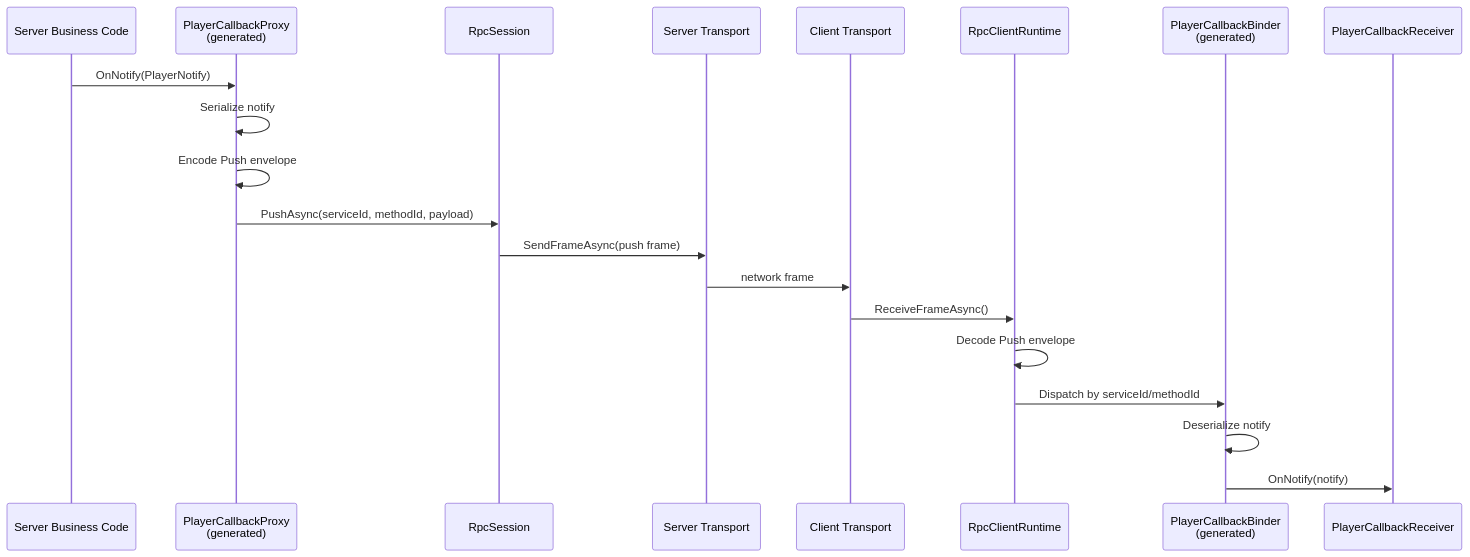
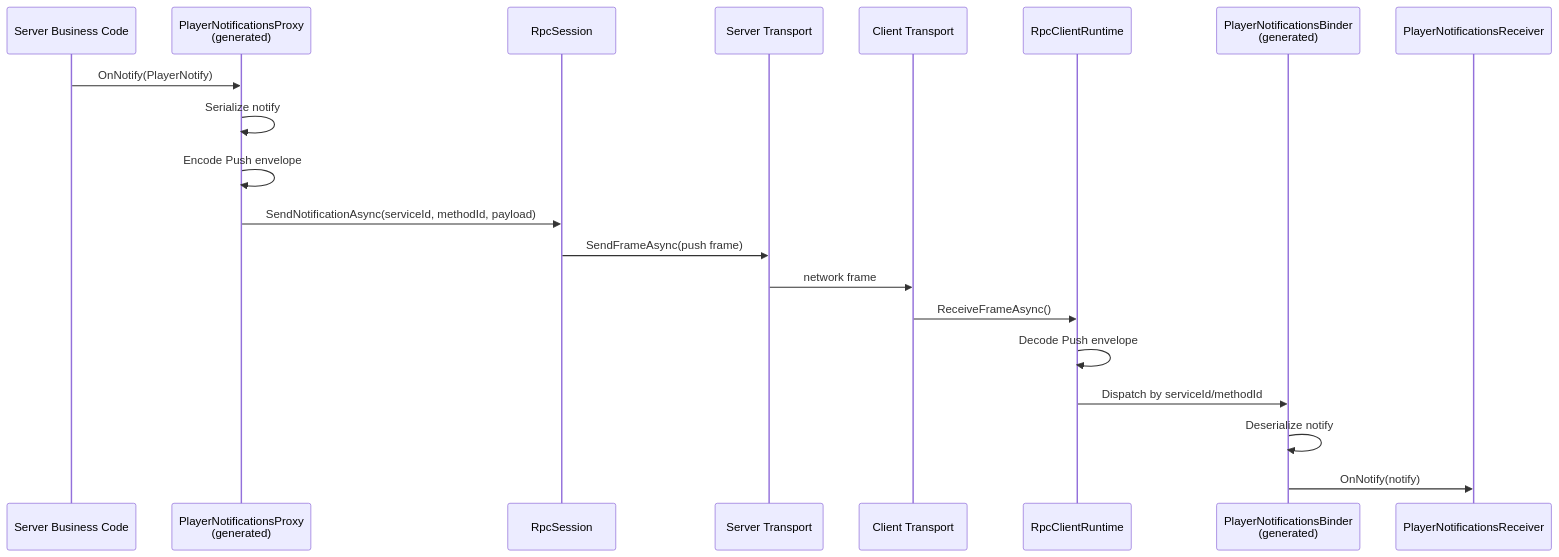
One commit to bruce48x/ULinkRPC changed the third of 4 diagrams in blog/content/posts/ulinkrpc-design-and-implementation.md. Above: the diagram before and after it, drawn with Mermaid. The commit also changed other lines of this file and 58 other files, not shown here.

Commit message:
Rename push callbacks to notifications

````diff
--- a/blog/content/posts/ulinkrpc-design-and-implementation.md
+++ b/blog/content/posts/ulinkrpc-design-and-implementation.md
@@ -546,23 +546,23 @@
 ```mermaid
 sequenceDiagram
     participant SB as Server Business Code
-    participant CP as PlayerCallbackProxy<br/>(generated)
+    participant CP as PlayerNotificationsProxy<br/>(generated)
     participant S as RpcSession
     participant ST as Server Transport
     participant CT as Client Transport
     participant CR as RpcClientRuntime
-    participant CB as PlayerCallbackBinder<br/>(generated)
-    participant R as PlayerCallbackReceiver
+    participant CB as PlayerNotificationsBinder<br/>(generated)
+    participant R as PlayerNotificationsReceiver
 
     SB->>CP: OnNotify(PlayerNotify)
     CP->>CP: Serialize notify
     CP->>CP: Encode Push envelope
-    CP->>S: PushAsync(serviceId, methodId, payload)
+    CP->>S: SendNotificationAsync(serviceId, methodId, payload)
     S->>ST: SendFrameAsync(push frame)
     ST->>CT: network frame
     CT->>CR: ReceiveFrameAsync()
     CR->>CR: Decode Push envelope
     CR->>CB: Dispatch by serviceId/methodId
     CB->>CB: Deserialize notify
     CB->>R: OnNotify(notify)
 ```
````
